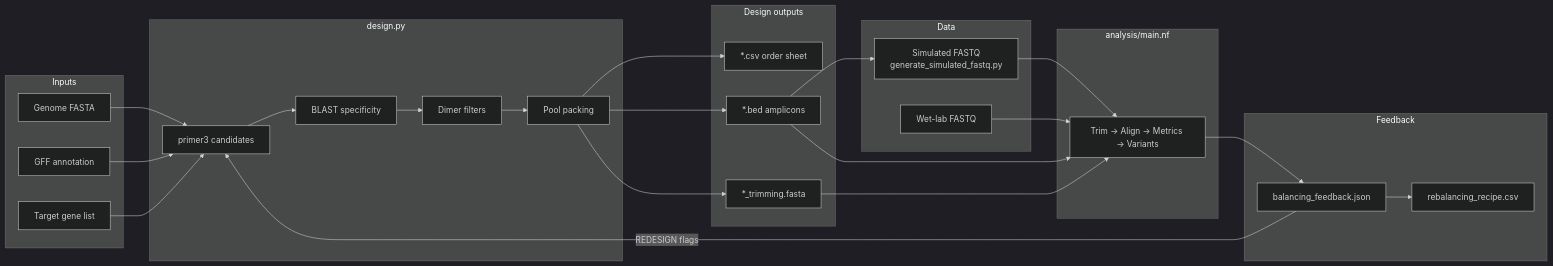
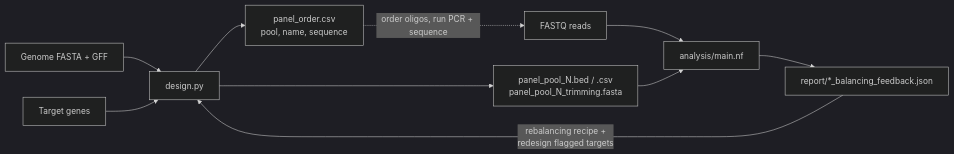
The first of 8 diagrams in README.md (AHumanBrain/my_amplicon_project), drawn with Mermaid (dark theme) before and after one commit. The commit also changed other lines of this file, not shown here.

````diff
--- a/README.md
+++ b/README.md
@@ -16,36 +11,10 @@
 ```mermaid
 flowchart LR
-    subgraph IN["Inputs"]
-        G["Genome FASTA"]
-        A["GFF annotation"]
-        T["Target gene list"]
-    end
-    subgraph DES["design.py"]
-        D1["primer3 candidates"] --> D2["BLAST specificity"] --> D3["Dimer filters"] --> D4["Pool packing"]
-    end
-    subgraph OUT["Design outputs"]
-        O1["*.csv order sheet"]
-        O2["*.bed amplicons"]
-        O3["*_trimming.fasta"]
-    end
-    subgraph SEQ["Data"]
-        W["Wet-lab FASTQ"]
-        S["Simulated FASTQ<br/>generate_simulated_fastq.py"]
-    end
-    subgraph NF["analysis/main.nf"]
-        N1["Trim → Align → Metrics → Variants"]
-    end
-    subgraph FB["Feedback"]
-        F1["balancing_feedback.json"]
-        F2["rebalancing_recipe.csv"]
-    end
-
-    G & A & T --> D1
-    D4 --> O1 & O2 & O3
-    O2 --> S
-    S --> N1
-    W --> N1
-    O2 & O3 --> N1
-    N1 --> F1 --> F2
-    F1 -- "REDESIGN flags" --> D1
+    G["Genome FASTA + GFF"] & T["Target genes"] --> D["design.py"]
+    D --> O["panel_order.csv<br/>pool, name, sequence"]
+    D --> B["panel_pool_N.bed / .csv<br/>panel_pool_N_trimming.fasta"]
+    O -. "order oligos, run PCR + sequence" .-> R["FASTQ reads"]
+    R & B --> N["analysis/main.nf"]
+    N --> F["report/*_balancing_feedback.json"]
+    F -- "rebalancing recipe +<br/>redesign flagged targets" --> D
 ```
````
